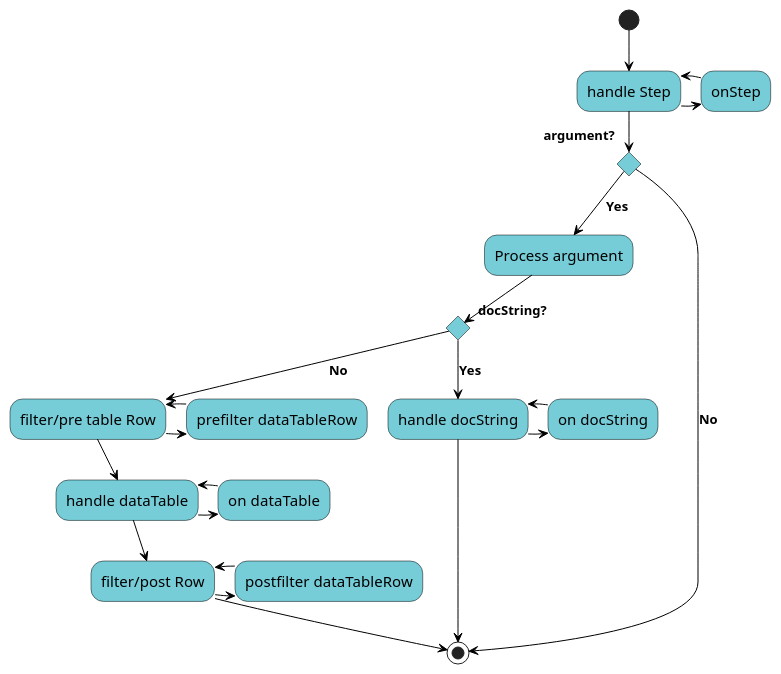
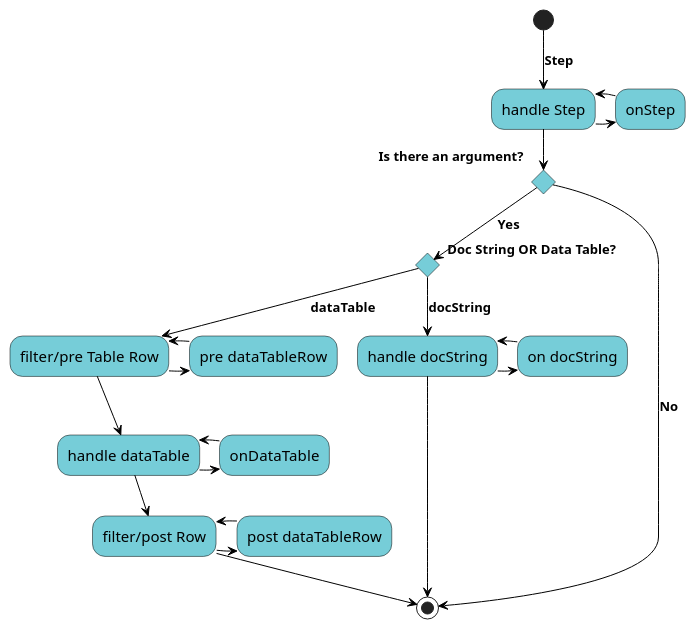
One commit to gherking/gherking-docs changed the diagram in src/data/step.puml. Above: the diagram before and after it, drawn with PlantUML. The commit also changed 11 other files, not shown here.

Commit message:
plantuml visualization of the precompiler

```diff
--- a/src/data/step.puml
+++ b/src/data/step.puml
@@ -1,36 +1,35 @@
 @startuml
 skinparam activity {
 BackgroundColor #76CDD8
 ArrowColor black
 ArrowFontSize 13
 ArrowFontStyle bold
 ArrowFontName Segoe UI
 BorderColor black
 FontName Segoe UI
 FontSize 15
 }
-(*) --> "handle Step"
+(*) -->[Step] "handle Step"
 -right-> "onStep"
 -left-> "handle Step"
-If "argument?"
---> [Yes] "Process argument"
-	If "docString?"
-	-->[Yes] "handle docString"
+If "Is there an argument?"
+--> [Yes] If "Doc String OR Data Table?"
+	-->[docString] "handle docString"
 	-right-> "on docString"
 	-left-> "handle docString"
 	--> (*)
 	else
-	--> [No] "filter/pre table Row"
-	-right-> "prefilter dataTableRow"
-	-left-> "filter/pre table Row"
+	--> [dataTable] "filter/pre Table Row"
+	-right-> "pre dataTableRow"
+	-left-> "filter/pre Table Row"
 	--> "handle dataTable"
-	-right-> "on dataTable"
+	-right-> "onDataTable"
 	-left-> "handle dataTable"
 	--> "filter/post Row"
-	-right-> "postfilter dataTableRow"
+	-right-> "post dataTableRow"
 	-left-> "filter/post Row"
 	--> (*)
 endif
 else
 -->[No] (*)
 @enduml
```
